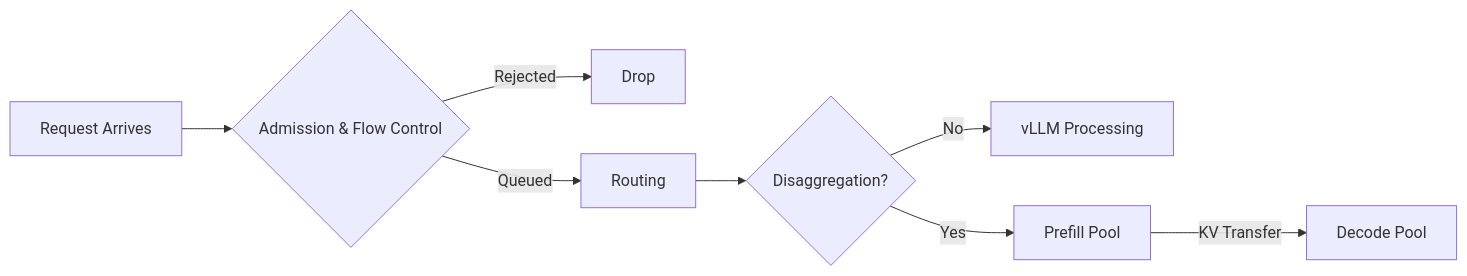
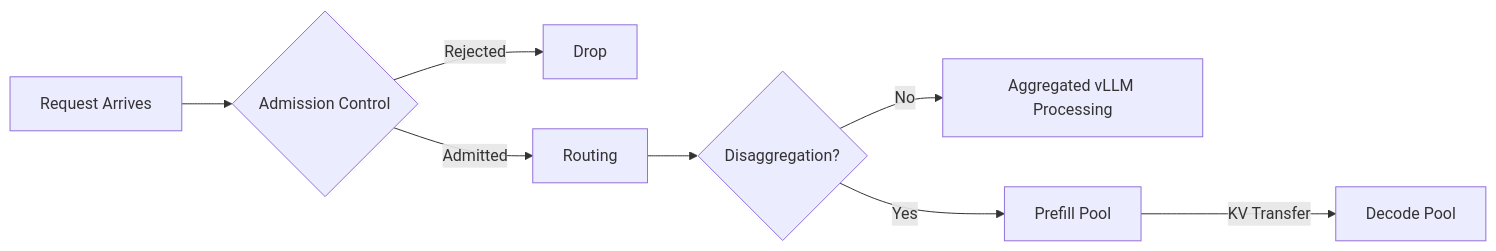
One commit to inference-sim/inference-sim changed the second of 2 diagrams in docs/blog/posts/building-trust-physics-of-simulation.md. Above: the diagram before and after it, drawn with Mermaid. The commit also changed other lines of this file, not shown here.

````diff
--- a/docs/blog/posts/building-trust-physics-of-simulation.md
+++ b/docs/blog/posts/building-trust-physics-of-simulation.md
@@ -103,10 +117,10 @@
 ```mermaid
 graph LR
-    A[Request Arrives] --> B{Admission & Flow Control}
+    A[Request Arrives] --> B{Admission Control}
     B -->|Rejected| X[Drop]
-    B -->|Queued| C[Routing]
+    B -->|Admitted| C[Routing]
     C --> D{Disaggregation?}
-    D -->|No| E[vLLM Processing]
+    D -->|No| E[Aggregated vLLM Processing]
     D -->|Yes| F[Prefill Pool]
     F -->|KV Transfer| G[Decode Pool]
 ```
````
